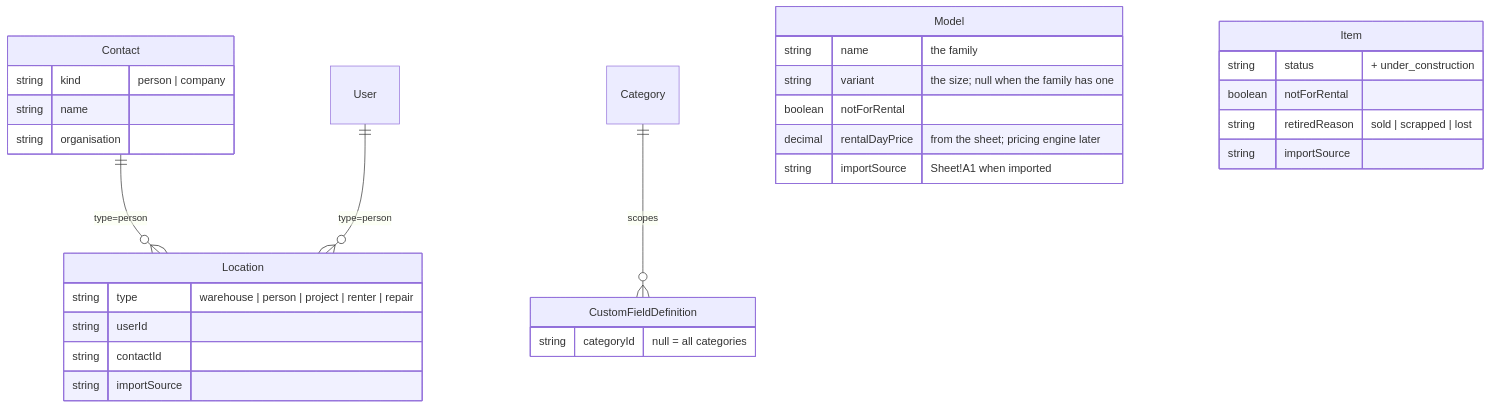
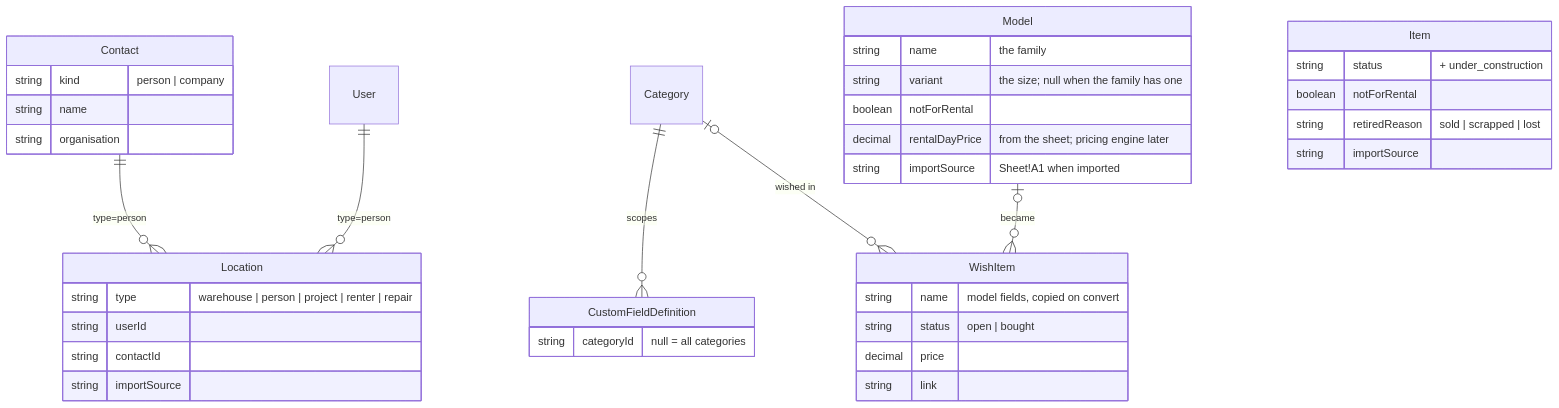
Before and after one commit to vertigojeppe/vertigo-gear-management: the third of 6 diagrams in docs/ARCHITECTURE.md, drawn with Mermaid. The commit also changed other lines of this file and 33 other files, not shown here.

First line of the commit message:
Wish list: gear to buy, convertible to a model; importer writes the wish rows

````diff
--- a/docs/ARCHITECTURE.md
+++ b/docs/ARCHITECTURE.md
@@ -129,34 +130,42 @@
 ```mermaid
 erDiagram
   Contact ||--o{ Location : "type=person"
   User ||--o{ Location : "type=person"
   Category ||--o{ CustomFieldDefinition : "scopes"
+  Category |o--o{ WishItem : "wished in"
+  Model |o--o{ WishItem : "became"
 
   Contact {
     string kind "person | company"
     string name
     string organisation
+  }
+  WishItem {
+    string name "model fields, copied on convert"
+    string status "open | bought"
+    decimal price
+    string link
   }
   Model {
     string name "the family"
     string variant "the size; null when the family has one"
     boolean notForRental
     decimal rentalDayPrice "from the sheet; pricing engine later"
     string importSource "Sheet!A1 when imported"
   }
   Item {
     string status "+ under_construction"
     boolean notForRental
     string retiredReason "sold | scrapped | lost"
     string importSource
   }
   Location {
     string type "warehouse | person | project | renter | repair"
     string userId
     string contactId
     string importSource
   }
   CustomFieldDefinition {
     string categoryId "null = all categories"
   }
 ```
````
